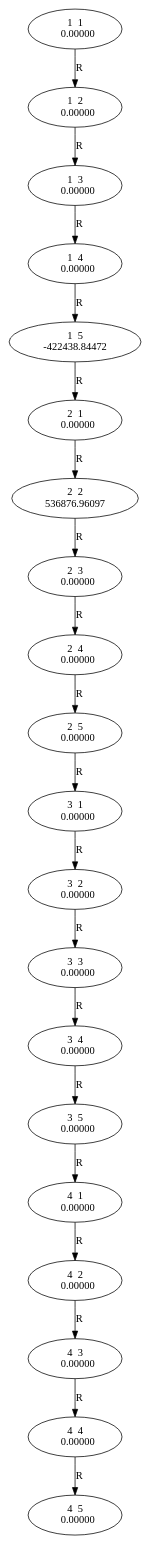
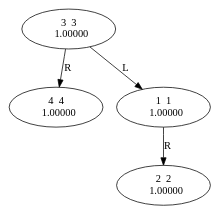
The diagram in sparse_matrix/killme.dot (toraoeru/cmc_projects), drawn with Graphviz before and after one commit. The commit also changed 16 other files, not shown here.

```diff
--- a/sparse_matrix/killme.dot
+++ b/sparse_matrix/killme.dot
@@ -1,46 +1,13 @@
 digraph
 {
-	1 [label="1  1\n   0.00000"];
-	2 [label="1  2\n   0.00000"];
-	3 [label="1  3\n   0.00000"];
-	4 [label="1  4\n   0.00000"];
-	5 [label="1  5\n-422438.84472"];
-	6 [label="2  1\n   0.00000"];
-	7 [label="2  2\n536876.96097"];
-	8 [label="2  3\n   0.00000"];
-	9 [label="2  4\n   0.00000"];
-	10 [label="2  5\n   0.00000"];
-	11 [label="3  1\n   0.00000"];
-	12 [label="3  2\n   0.00000"];
-	13 [label="3  3\n   0.00000"];
-	14 [label="3  4\n   0.00000"];
-	15 [label="3  5\n   0.00000"];
-	16 [label="4  1\n   0.00000"];
-	17 [label="4  2\n   0.00000"];
-	18 [label="4  3\n   0.00000"];
-	19 [label="4  4\n   0.00000"];
-	20 [label="4  5\n   0.00000"];
-	
+	1 [label="3  3\n   1.00000"];
+	2 [label="4  4\n   1.00000"];
+	3 [label="1  1\n   1.00000"];
+	4 [label="2  2\n   1.00000"];
+
 	//edges
 
-	1  ->  2  [label="R"];
-	2  ->  3  [label="R"];
 	3  ->  4  [label="R"];
-	4  ->  5  [label="R"];
-	5  ->  6  [label="R"];
-	6  ->  7  [label="R"];
-	7  ->  8  [label="R"];
-	8  ->  9  [label="R"];
-	9  ->  10  [label="R"];
-	10  ->  11  [label="R"];
-	11  ->  12  [label="R"];
-	12  ->  13  [label="R"];
-	13  ->  14  [label="R"];
-	14  ->  15  [label="R"];
-	15  ->  16  [label="R"];
-	16  ->  17  [label="R"];
-	17  ->  18  [label="R"];
-	18  ->  19  [label="R"];
-	19  ->  20  [label="R"];
+	1  ->  3  [label="L"];	1  ->  2  [label="R"];
 
 }
```
